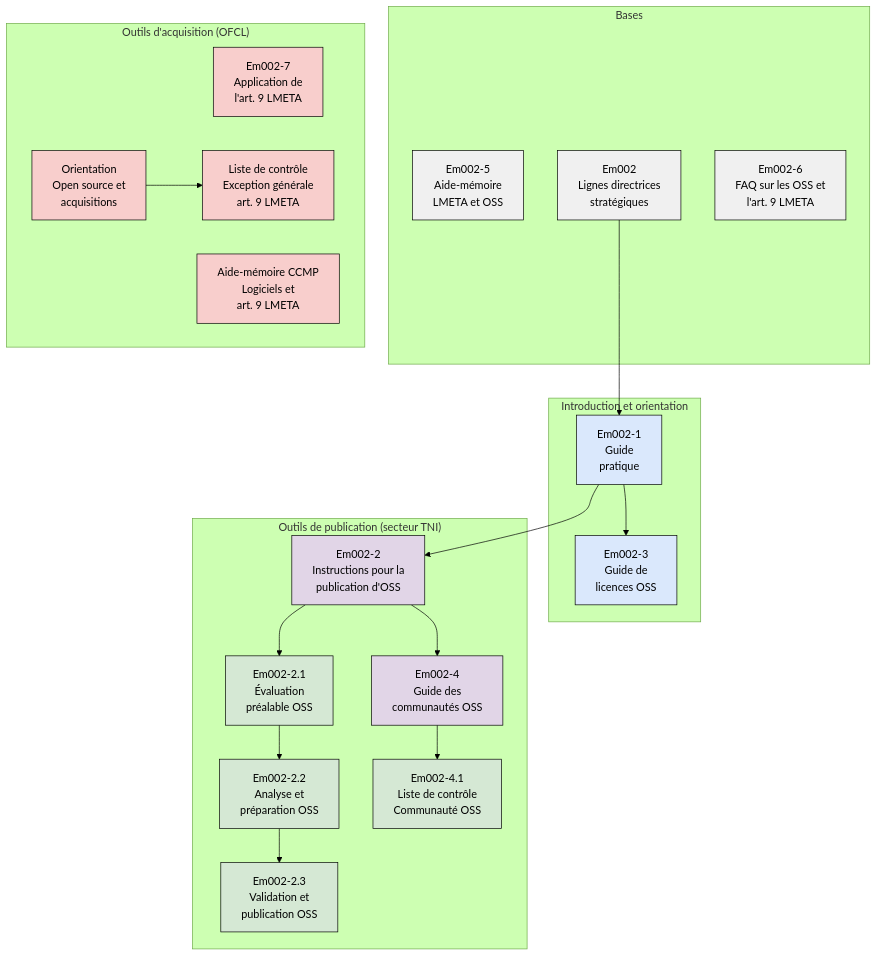
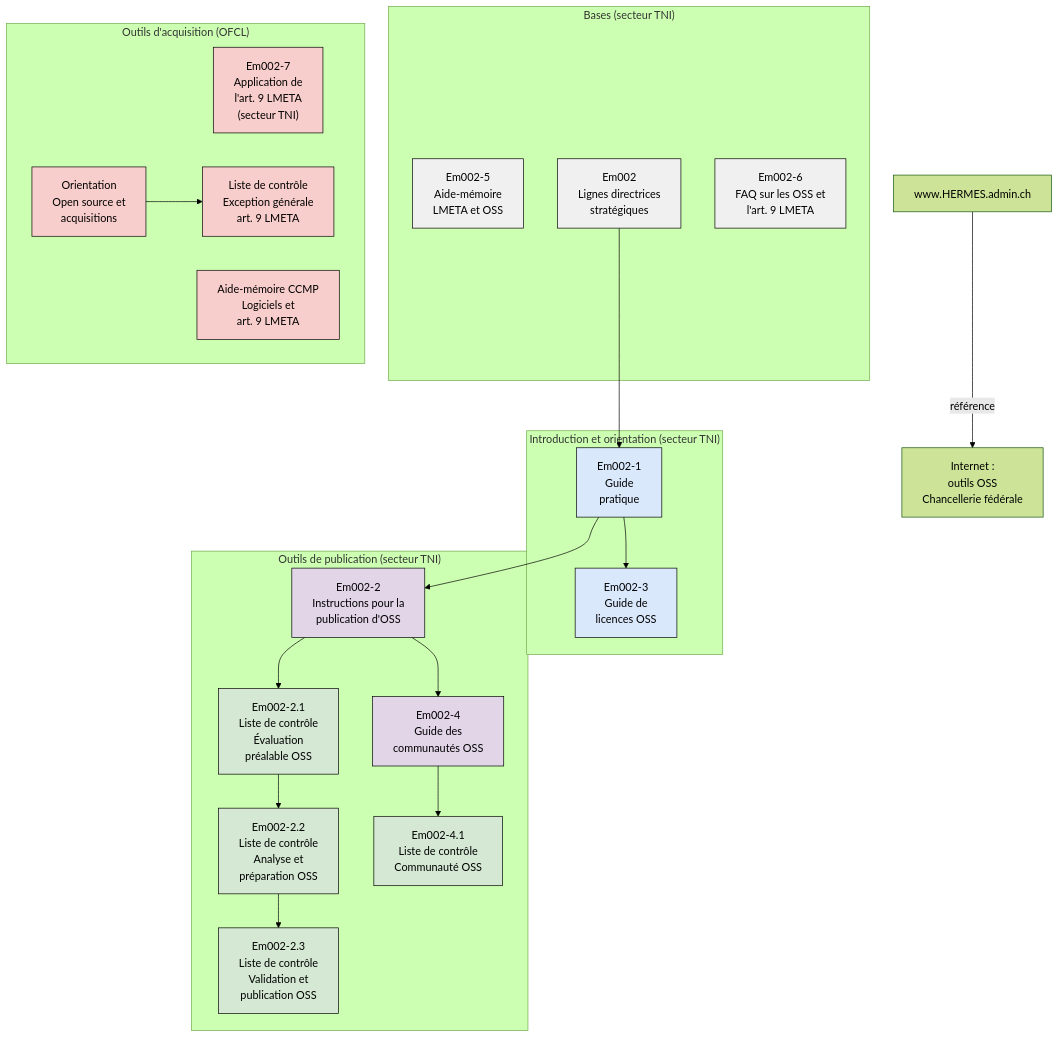
Before and after one commit to 736-c41-2c1-e464fc974/opensource-guidelines: the diagram in docs/partials/document-map.fr.adoc, drawn with Mermaid (forest theme). The commit also changed 5 other files, not shown here.

```diff
--- a/docs/partials/document-map.fr.adoc
+++ b/docs/partials/document-map.fr.adoc
@@ -2,51 +2,55 @@
 [mermaid,align="center",alt="Vue d'ensemble des outils OSS en lien avec l'art. 9 LMETA"]
 ....
 flowchart TD
-    subgraph FUND["Bases"]
+    subgraph FUND["Bases (secteur TNI)"]
         EM0025["Em002-5<br/>Aide-mémoire<br/>LMETA et OSS"]
         EM002["Em002<br/>Lignes directrices<br/>stratégiques"]
         EM0026["Em002-6<br/>FAQ sur les OSS et<br/>l'art. 9 LMETA"]
     end
 
-    subgraph INTRO["Introduction et orientation"]
+    subgraph INTRO["Introduction et orientation (secteur TNI)"]
         EM0021["Em002-1<br/>Guide<br/>pratique"]
         EM0023["Em002-3<br/>Guide de<br/>licences OSS"]
     end
 
     subgraph PUB["Outils de publication (secteur TNI)"]
         EM0022["Em002-2<br/>Instructions pour la<br/>publication d'OSS"]
         EM0024["Em002-4<br/>Guide des<br/>communautés OSS"]
-        CL21["Em002-2.1<br/>Évaluation<br/>préalable OSS"]
-        CL22["Em002-2.2<br/>Analyse et<br/>préparation OSS"]
-        CL23["Em002-2.3<br/>Validation et<br/>publication OSS"]
+        CL21["Em002-2.1<br/>Liste de contrôle<br/>Évaluation<br/>préalable OSS"]
+        CL22["Em002-2.2<br/>Liste de contrôle<br/>Analyse et<br/>préparation OSS"]
+        CL23["Em002-2.3<br/>Liste de contrôle<br/>Validation et<br/>publication OSS"]
         CL41["Em002-4.1<br/>Liste de contrôle<br/>Communauté OSS"]
     end
 
     subgraph PROC["Outils d'acquisition (OFCL)"]
-        EM0027["Em002-7<br/>Application de<br/>l'art. 9 LMETA"]
+        EM0027["Em002-7<br/>Application de<br/>l'art. 9 LMETA<br/>(secteur TNI)"]
         KBB["Aide-mémoire CCMP<br/>Logiciels et<br/>art. 9 LMETA"]
         ORI["Orientation<br/>Open source et<br/>acquisitions"]
         CLEX["Liste de contrôle<br/>Exception générale<br/>art. 9 LMETA"]
     end
+
+    HERMES["www.HERMES.admin.ch"]
+    FCHOSS["Internet :<br/>outils OSS<br/>Chancellerie fédérale"]
 
     EM002 --> EM0021
     EM0021 --> EM0023
     EM0021 --> EM0022
     EM0022 --> EM0024
     EM0022 --> CL21
     CL21 --> CL22
     CL22 --> CL23
     EM0024 --> CL41
     ORI --> CLEX
+    HERMES -->|"référence"| FCHOSS
 
     classDef fund fill:#f0f0f0,stroke:#000000,color:#000000
     classDef intro fill:#dae8fc,stroke:#000000,color:#000000
     classDef pub fill:#e1d5e7,stroke:#000000,color:#000000
     classDef check fill:#d5e8d4,stroke:#000000,color:#000000
     classDef proc fill:#f8cecc,stroke:#000000,color:#000000
     class EM002,EM0025,EM0026 fund
     class EM0021,EM0023 intro
     class EM0022,EM0024 pub
     class CL21,CL22,CL23,CL41 check
     class EM0027,KBB,ORI,CLEX proc
 ....
```
